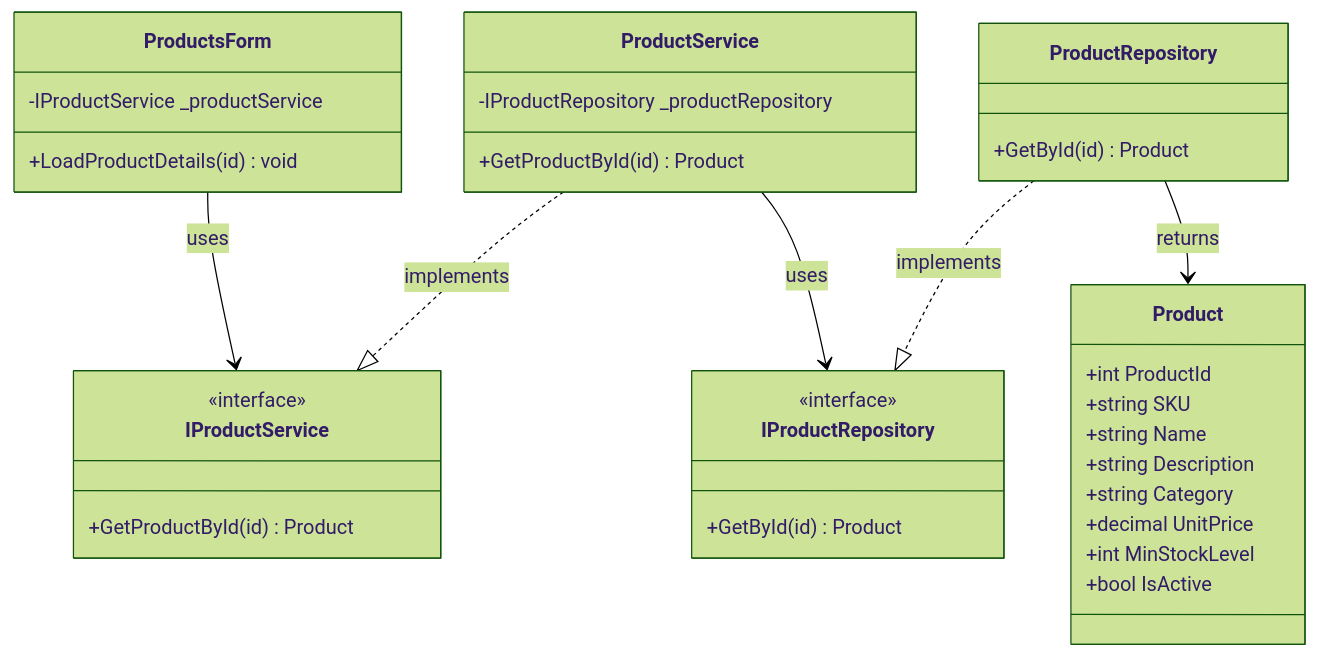
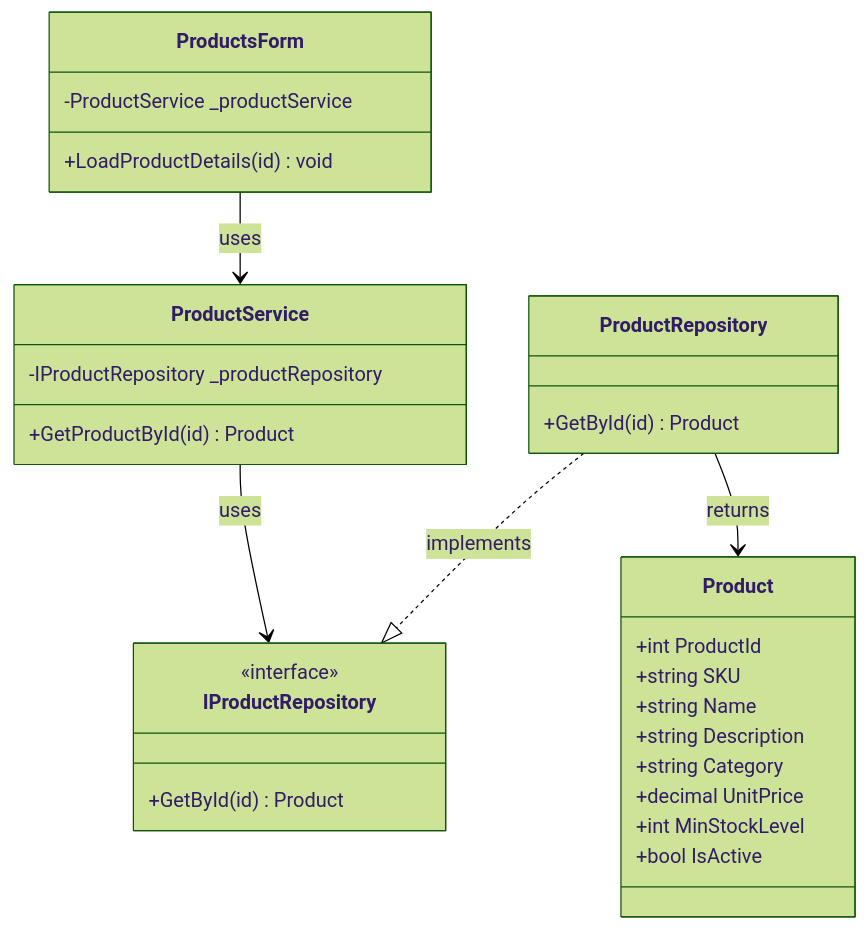
The ninth of 16 diagrams in Documentation/UML_Diagrams/13_Products_UseCases.md (nahuk86/tp_diploma_nk_2026), drawn with Mermaid (forest theme) before and after one commit. The commit also changed other lines of this file and 5 other files, not shown here.

First line of the commit message:
Fix UML documentation: remove non-existent BLL service interfaces

````diff
--- a/Documentation/UML_Diagrams/13_Products_UseCases.md
+++ b/Documentation/UML_Diagrams/13_Products_UseCases.md
@@ -352,43 +325,38 @@
 ```mermaid
 classDiagram
     class ProductsForm {
-        -IProductService _productService
+        -ProductService _productService
         +LoadProductDetails(id) void
     }
 
-    class IProductService {
-        <<interface>>
-        +GetProductById(id) Product
-    }
 
     class ProductService {
         -IProductRepository _productRepository
         +GetProductById(id) Product
     }
 
     class IProductRepository {
         <<interface>>
         +GetById(id) Product
     }
 
     class ProductRepository {
         +GetById(id) Product
     }
 
     class Product {
         +int ProductId
         +string SKU
         +string Name
         +string Description
         +string Category
         +decimal UnitPrice
         +int MinStockLevel
         +bool IsActive
     }
 
-    ProductsForm --> IProductService : uses
-    ProductService ..|> IProductService : implements
+    ProductsForm --> ProductService : uses
     ProductService --> IProductRepository : uses
     ProductRepository ..|> IProductRepository : implements
     ProductRepository --> Product : returns
 ```
````
